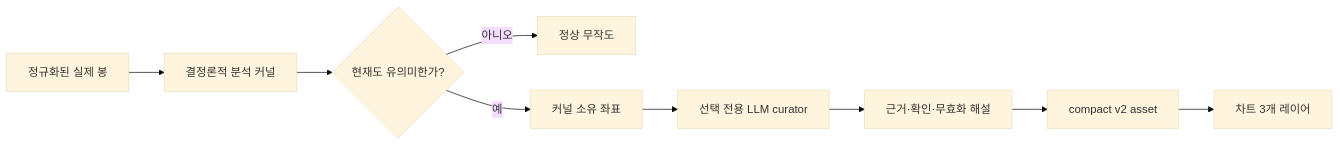
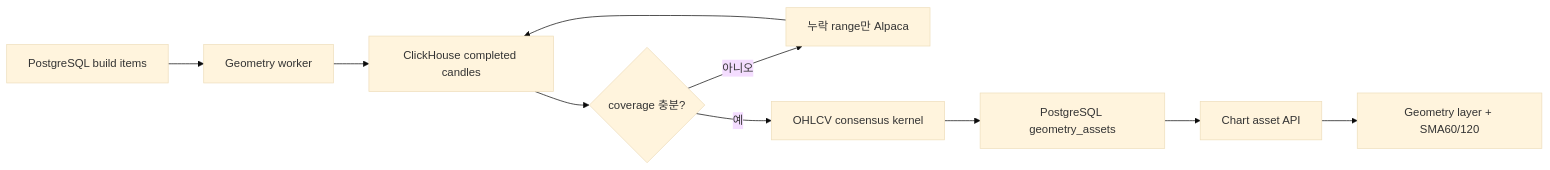
The diagram in docs/CHART_ANALYSIS_ASSETS.md (seunglee10/GOPS-BE), drawn with Mermaid (base theme) before and after one commit. The commit also changed other lines of this file and 59 other files, not shown here.

Commit message:
refactor: simplify chart geometry assets

````diff
--- a/docs/CHART_ANALYSIS_ASSETS.md
+++ b/docs/CHART_ANALYSIS_ASSETS.md
@@ -13,11 +16,12 @@
 ```mermaid
 flowchart LR
-  Candle["정규화된 실제 봉"] --> Kernel["결정론적 분석 커널"]
-  Kernel --> Gate{"현재도 유의미한가?"}
-  Gate -- "아니오" --> Empty["정상 무작도"]
-  Gate -- "예" --> Geometry["커널 소유 좌표"]
-  Geometry --> Curator["선택 전용 LLM curator"]
-  Curator --> Commentary["근거·확인·무효화 해설"]
-  Commentary --> Asset["compact v2 asset"]
-  Asset --> Chart["차트 3개 레이어"]
+  PGQ["PostgreSQL build items"] --> Worker["Geometry worker"]
+  Worker --> CH["ClickHouse completed candles"]
+  CH --> Gap{"coverage 충분?"}
+  Gap -- "아니오" --> Alpaca["누락 range만 Alpaca"]
+  Alpaca --> CH
+  Gap -- "예" --> Kernel["OHLCV consensus kernel"]
+  Kernel --> PG["PostgreSQL geometry_assets"]
+  PG --> API["Chart asset API"]
+  API --> UI["Geometry layer + SMA60/120"]
 ```
````
